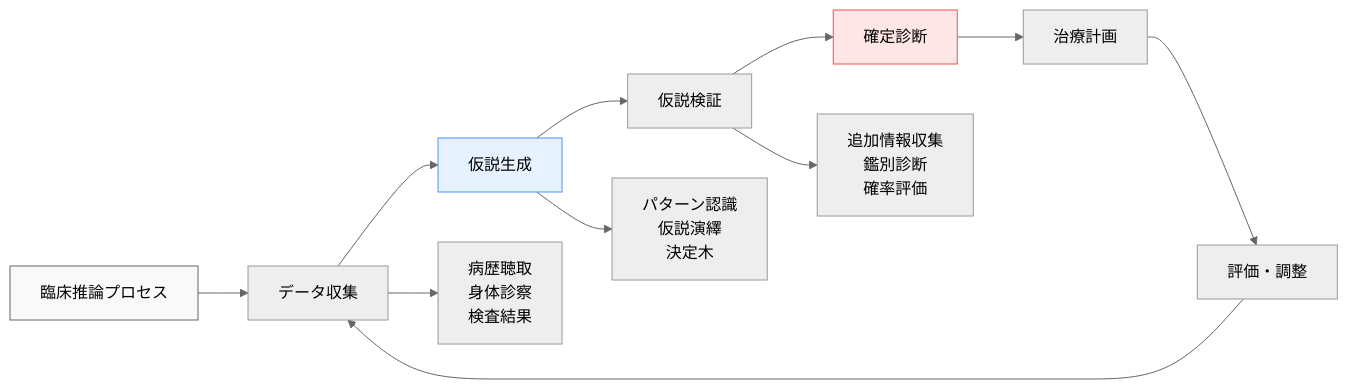
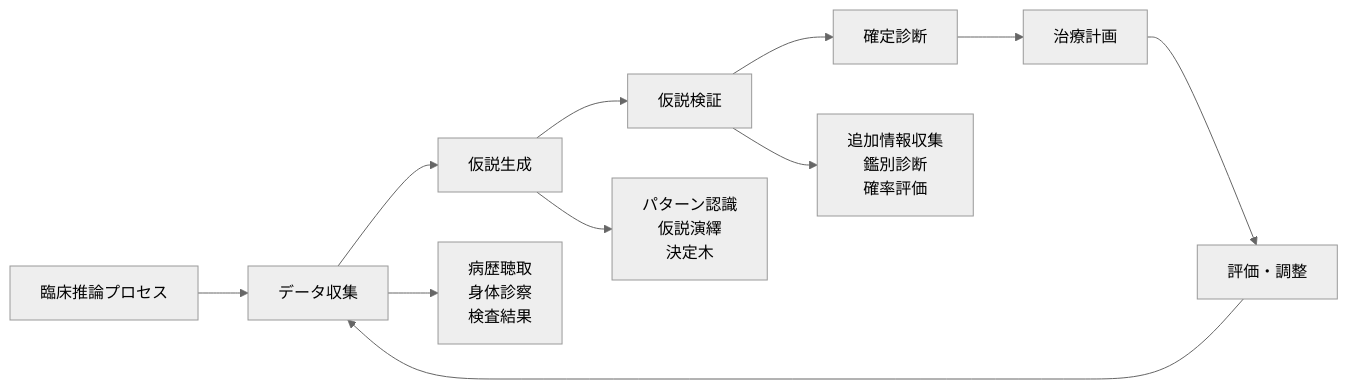
One commit to shuji-bonji/Situational-Awareness-and-Decision-Making changed the fourth of 11 diagrams in docs/applications/medical-dm.md. Above: the diagram before and after it, drawn with Mermaid (neutral theme). The commit also changed other lines of this file and 49 other files, not shown here.

Commit message:
fix: ダークモードで見づらい図の色の変更

````diff
--- a/docs/applications/medical-dm.md
+++ b/docs/applications/medical-dm.md
@@ -136,18 +136,18 @@
 ```mermaid
 graph LR
     A[臨床推論プロセス] --> B[データ収集]
     B --> C[仮説生成]
     C --> D[仮説検証]
     D --> E[確定診断]
     E --> F[治療計画]
     F --> G[評価・調整]
     G --> B
     
     B --> B1[病歴聴取<br>身体診察<br>検査結果]
     C --> C1[パターン認識<br>仮説演繹<br>決定木]
     D --> D1[追加情報収集<br>鑑別診断<br>確率評価]
     
-    style A fill:#f9f9f9,stroke:#666
-    style C fill:#e6f2ff,stroke:#4d94ff
-    style E fill:#ffe6e6,stroke:#ff4d4d
+
+
+
 ```
````
